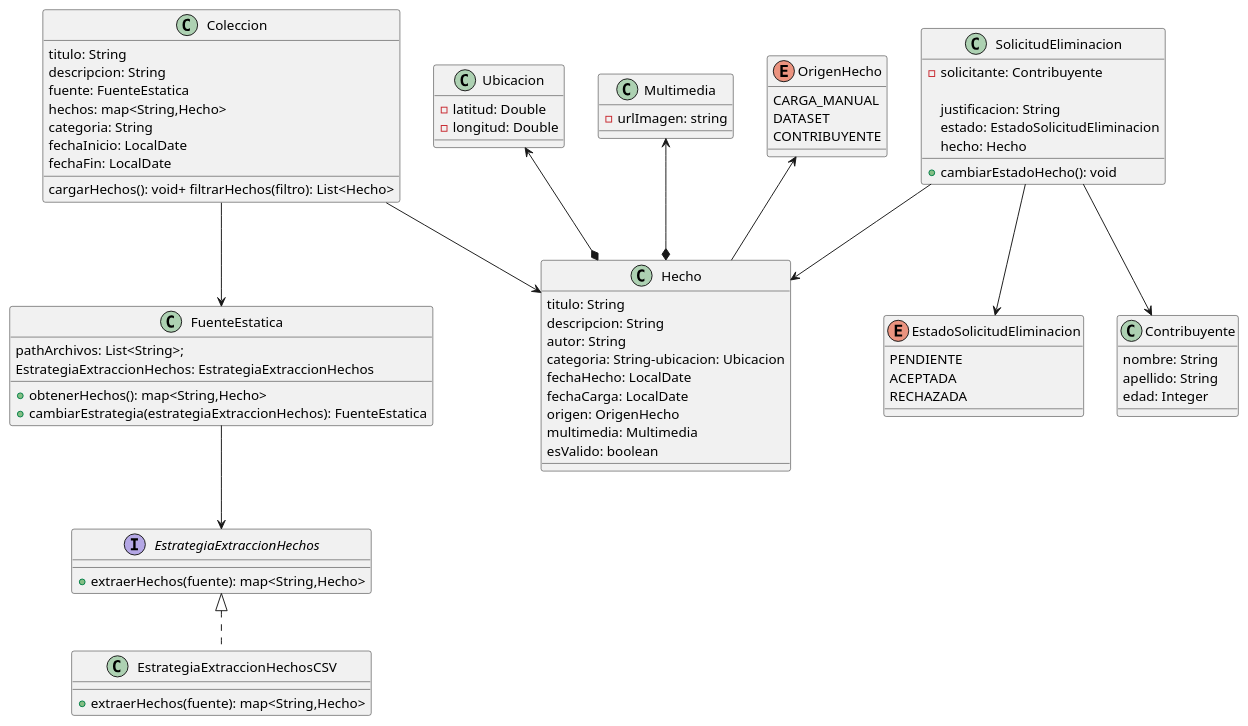
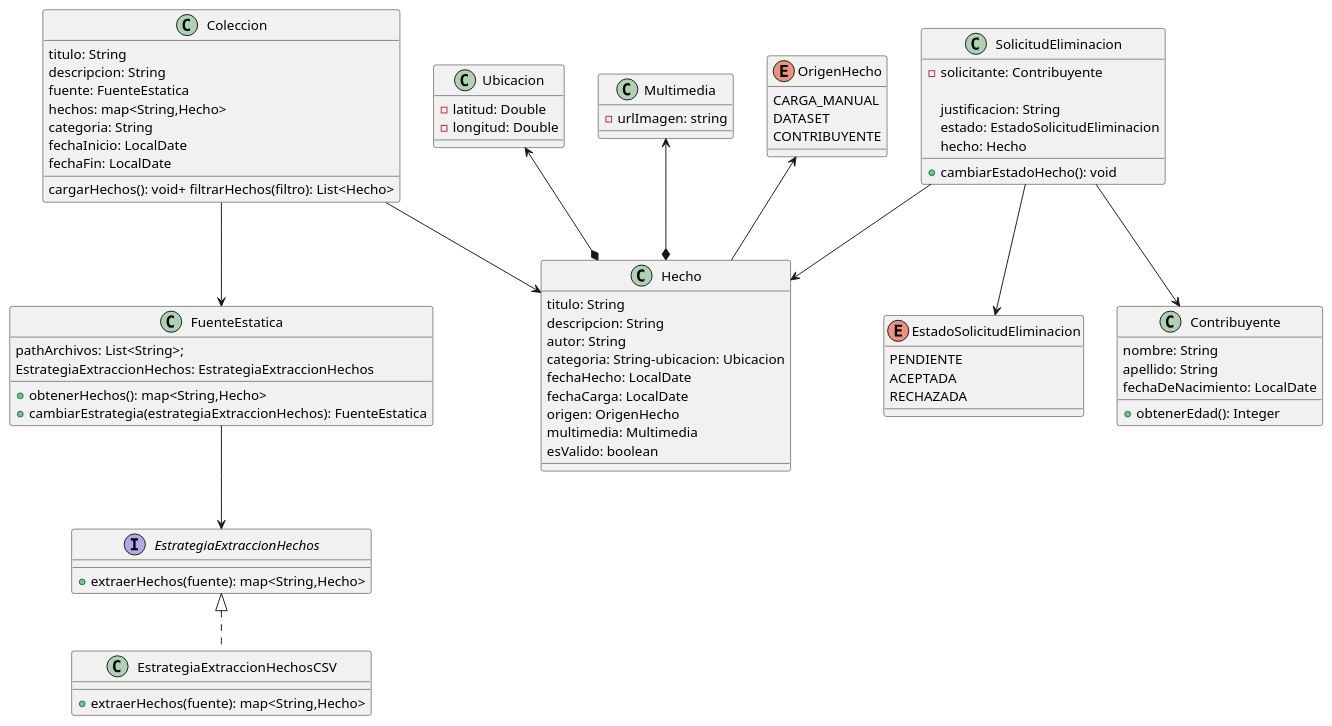
One commit to OslothLAS/ProyectoDeploy changed the diagram in src/main/DiagramaDeClases.puml. Above: the diagram before and after it, drawn with PlantUML. The commit also changed 3 other files, not shown here.

```diff
--- a/src/main/DiagramaDeClases.puml
+++ b/src/main/DiagramaDeClases.puml
@@ -1,108 +1,110 @@
 @startuml
 class Coleccion {
 
 titulo: String
 descripcion: String
 fuente: FuenteEstatica
 hechos: map<String,Hecho>
 categoria: String
 fechaInicio: LocalDate
 fechaFin: LocalDate
 cargarHechos(): void+ filtrarHechos(filtro): List<Hecho>
 }
 
 
 
 
 
  class Ubicacion {
    -latitud: Double
    -longitud: Double
  }
 
   class SolicitudEliminacion{
     -solicitante: Contribuyente
 
 justificacion: String
 estado: EstadoSolicitudEliminacion
 hecho: Hecho
 + cambiarEstadoHecho(): void
 }
 
 
 
    enum EstadoSolicitudEliminacion {
        PENDIENTE
        ACEPTADA
        RECHAZADA
      }
 
  class Hecho {
 
 titulo: String
 descripcion: String
 autor: String
 categoria: String-ubicacion: Ubicacion
 fechaHecho: LocalDate
 fechaCarga: LocalDate
 origen: OrigenHecho
 multimedia: Multimedia
 esValido: boolean
 
 
     }
 
   class Multimedia{
     -urlImagen: string
   }
 
 
 
   enum OrigenHecho {
     CARGA_MANUAL
     DATASET
     CONTRIBUYENTE
   }
 
 
   class FuenteEstatica{
 
 pathArchivos: List<String>;
     EstrategiaExtraccionHechos: EstrategiaExtraccionHechos
     +obtenerHechos(): map<String,Hecho>
     +cambiarEstrategia(estrategiaExtraccionHechos): FuenteEstatica
 }
 
   interface EstrategiaExtraccionHechos{
     + extraerHechos(fuente): map<String,Hecho>
   }
 
     class EstrategiaExtraccionHechosCSV implements EstrategiaExtraccionHechos{
         + extraerHechos(fuente): map<String,Hecho>
     }
 
 
 
 class Contribuyente{
 
 nombre: String
 apellido: String
-edad: Integer
+fechaDeNacimiento: LocalDate
+
++obtenerEdad(): Integer
 }
 
 
 
 
 
 
   Coleccion --> FuenteEstatica
   Coleccion --> Hecho
   OrigenHecho <-- Hecho
   Ubicacion <--* Hecho
   SolicitudEliminacion --> Hecho
   SolicitudEliminacion --> Contribuyente
    FuenteEstatica --> EstrategiaExtraccionHechos
   SolicitudEliminacion --> EstadoSolicitudEliminacion
 
   Multimedia <--* Hecho
 @enduml
```
